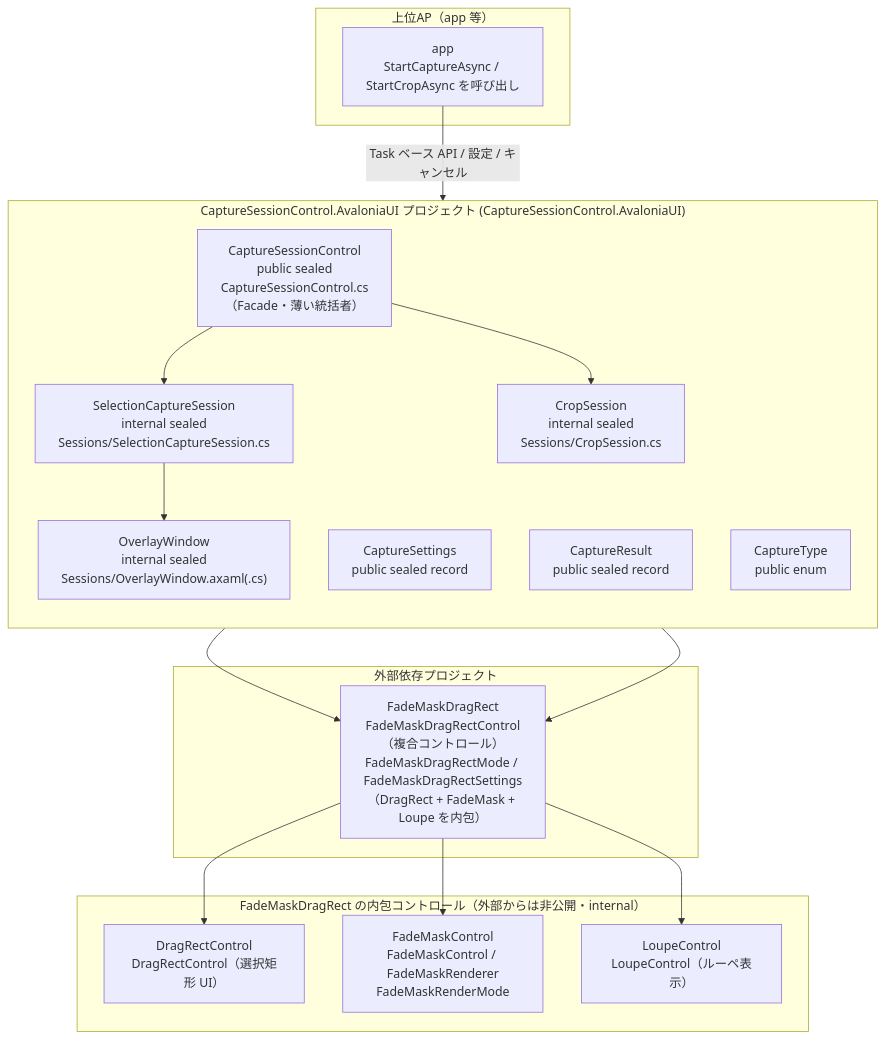
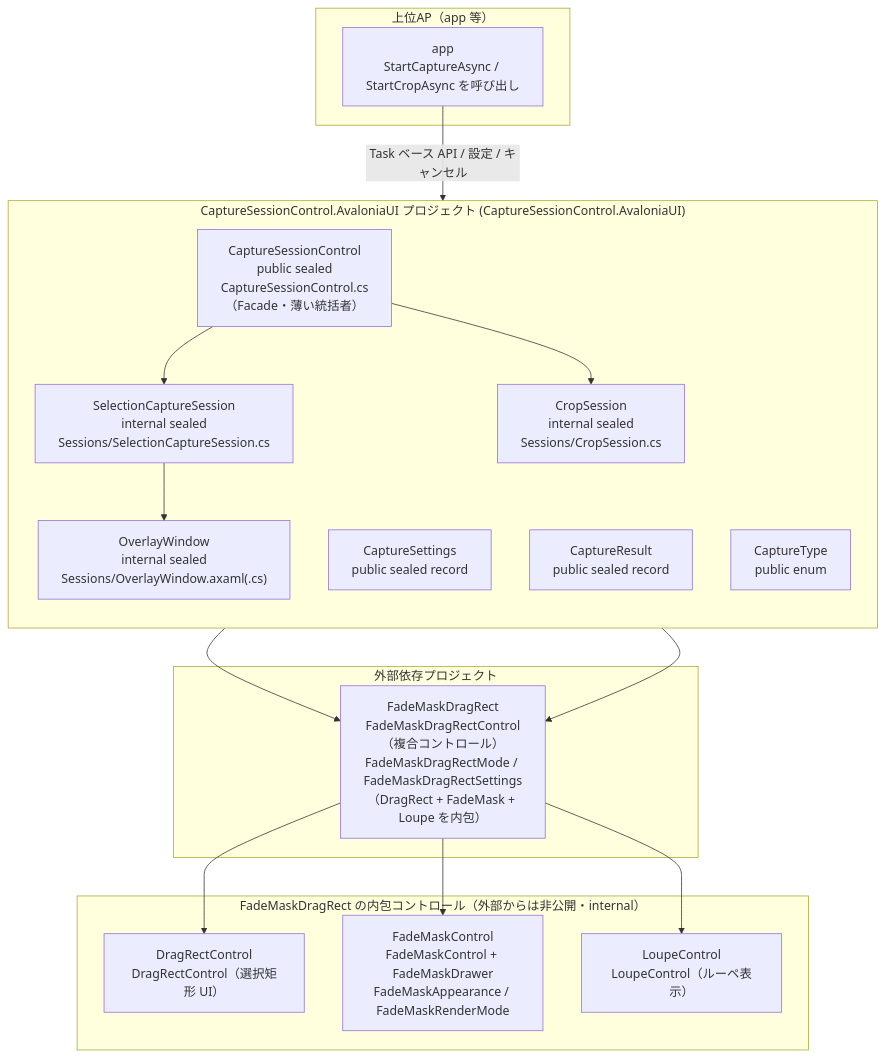
One commit to tomokuni/SaveEvidence changed the first of 2 diagrams in src/CaptureSessionControl.AvaloniaUI/SPEC_System.md. Above: the diagram before and after it, drawn with Mermaid. The commit also changed 63 other files, not shown here.

First line of the commit message:
FadeMaskControlの描画契約を整理

````diff
--- a/src/CaptureSessionControl.AvaloniaUI/SPEC_System.md
+++ b/src/CaptureSessionControl.AvaloniaUI/SPEC_System.md
@@ -84,34 +84,34 @@
 ```mermaid
 flowchart TB
     subgraph Host["上位AP（app 等）"]
         AP["app<br/>StartCaptureAsync / StartCropAsync を呼び出し"]
     end
     subgraph SC["CaptureSessionControl.AvaloniaUI プロジェクト (CaptureSessionControl.AvaloniaUI)"]
         direction TB
         Fac["CaptureSessionControl<br/>public sealed<br/>CaptureSessionControl.cs<br/>（Facade・薄い統括者）"]
         CS["SelectionCaptureSession<br/>internal sealed<br/>Sessions/SelectionCaptureSession.cs"]
         CrS["CropSession<br/>internal sealed<br/>Sessions/CropSession.cs"]
         OW["OverlayWindow<br/>internal sealed<br/>Sessions/OverlayWindow.axaml(.cs)"]
         St["CaptureSettings<br/>public sealed record"]
         Rs["CaptureResult<br/>public sealed record"]
         Ct["CaptureType<br/>public enum"]
     end
     subgraph Dep["外部依存プロジェクト"]
         FDR["FadeMaskDragRect<br/>FadeMaskDragRectControl（複合コントロール）<br/>FadeMaskDragRectMode / FadeMaskDragRectSettings<br/>（DragRect + FadeMask + Loupe を内包）"]
     end
     subgraph FMCInternal["FadeMaskDragRect の内包コントロール（外部からは非公開・internal）"]
         DR["DragRectControl<br/>DragRectControl（選択矩形 UI）"]
-        FM["FadeMaskControl<br/>FadeMaskControl / FadeMaskRenderer<br/>FadeMaskRenderMode"]
+        FM["FadeMaskControl<br/>FadeMaskControl + FadeMaskDrawer<br/>FadeMaskAppearance / FadeMaskRenderMode"]
         LP["LoupeControl<br/>LoupeControl（ルーペ表示）"]
     end
 
     AP -->|"Task ベース API / 設定 / キャンセル"| Fac
     Fac --> CS
     Fac --> CrS
     CS --> OW
     OW --> FDR
     CrS --> FDR
     FDR --> DR
     FDR --> FM
     FDR --> LP
 ```
````
